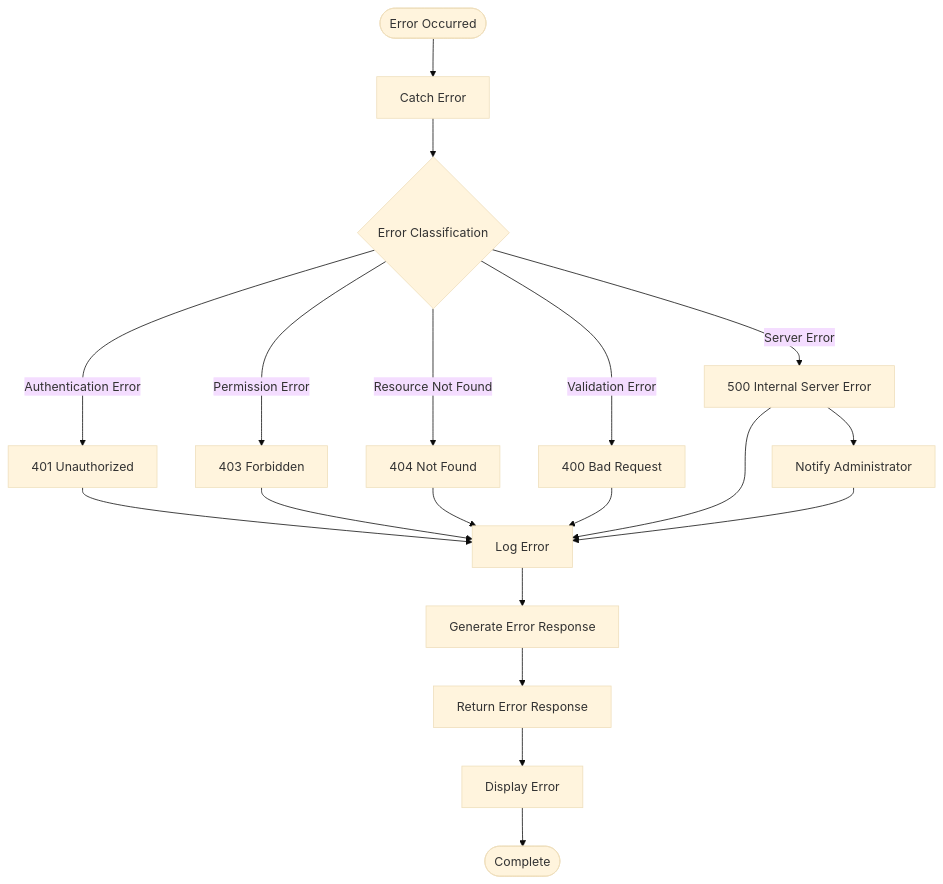
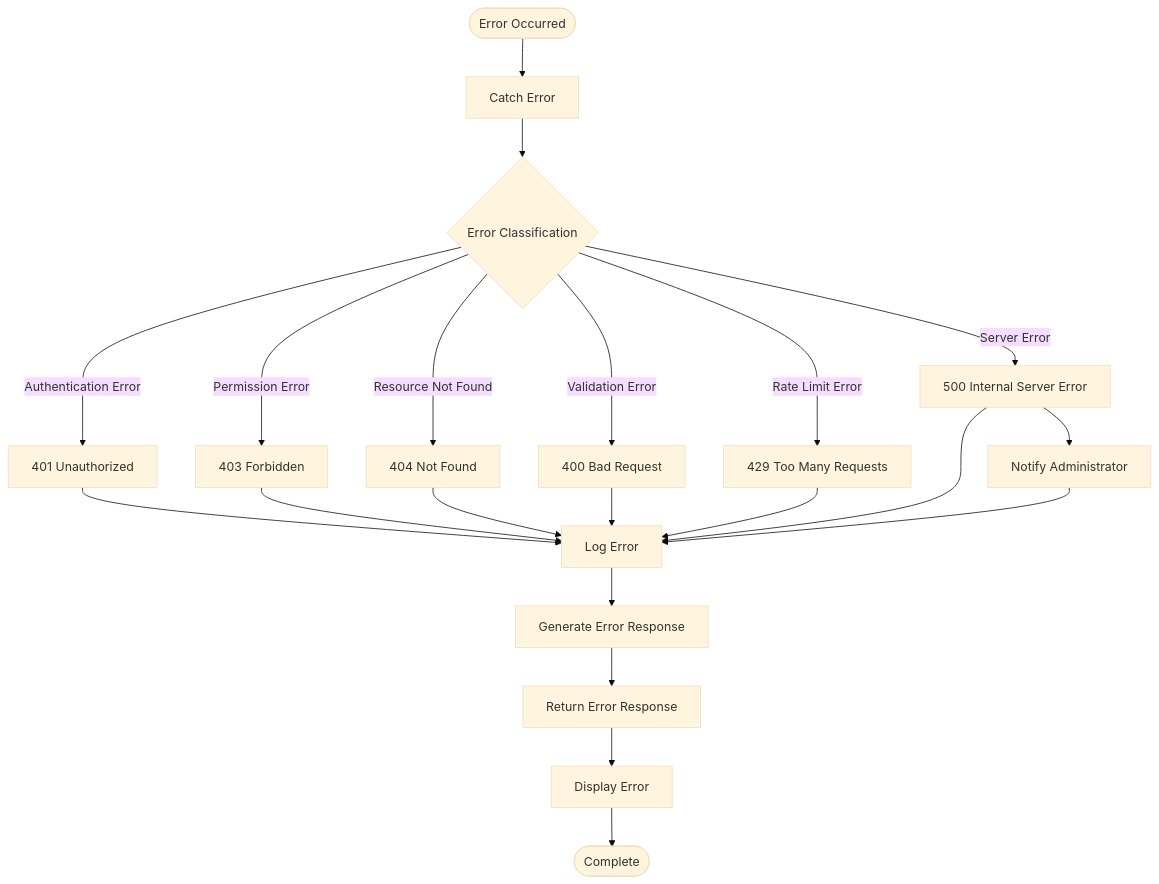
One commit to yukiharada1228/videoq changed the sixth of 11 diagrams in docs/architecture/flowchart.md. Above: the diagram before and after it, drawn with Mermaid (base theme). The commit also changed other lines of this file and 14 other files, not shown here.

First line of the commit message:
docs: sync architecture and design diagrams with latest implementation

````diff
--- a/docs/architecture/flowchart.md
+++ b/docs/architecture/flowchart.md
@@ -259,25 +257,27 @@
 ```mermaid
 flowchart TD
     Start([Error Occurred]) --> Catch[Catch Error]
     Catch --> Classify{Error Classification}
     
     Classify -->|Authentication Error| AuthError[401 Unauthorized]
     Classify -->|Permission Error| PermissionError[403 Forbidden]
     Classify -->|Resource Not Found| NotFoundError[404 Not Found]
     Classify -->|Validation Error| ValidationError[400 Bad Request]
+    Classify -->|Rate Limit Error| RateLimitError[429 Too Many Requests]
     Classify -->|Server Error| ServerError[500 Internal Server Error]
     
     AuthError --> LogError[Log Error]
     PermissionError --> LogError
     NotFoundError --> LogError
     ValidationError --> LogError
+    RateLimitError --> LogError
     ServerError --> LogError
     
     LogError --> CreateResponse[Generate Error Response]
     CreateResponse --> ReturnError[Return Error Response]
     ReturnError --> DisplayError[Display Error]
     DisplayError --> End([Complete])
     
     ServerError --> NotifyAdmin[Notify Administrator]
     NotifyAdmin --> LogError
 ```
````
